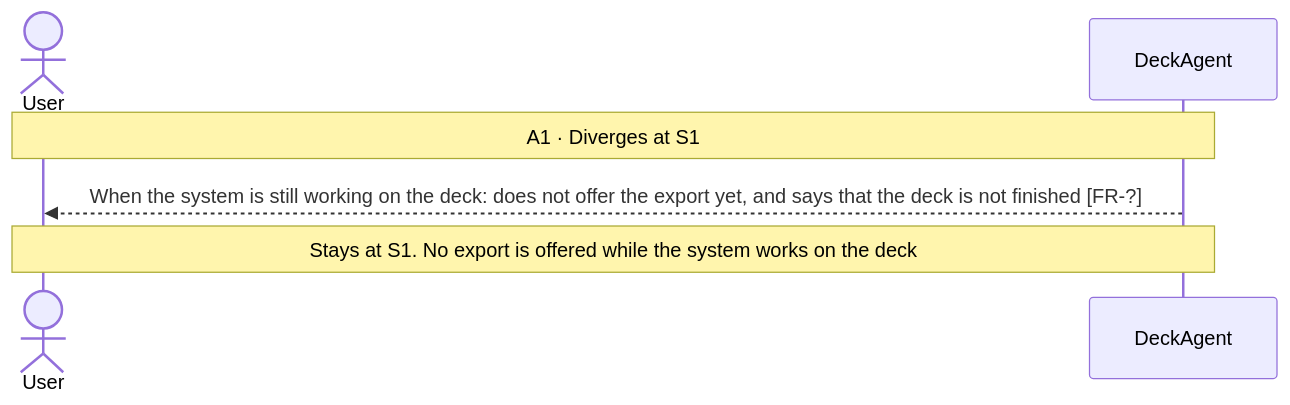
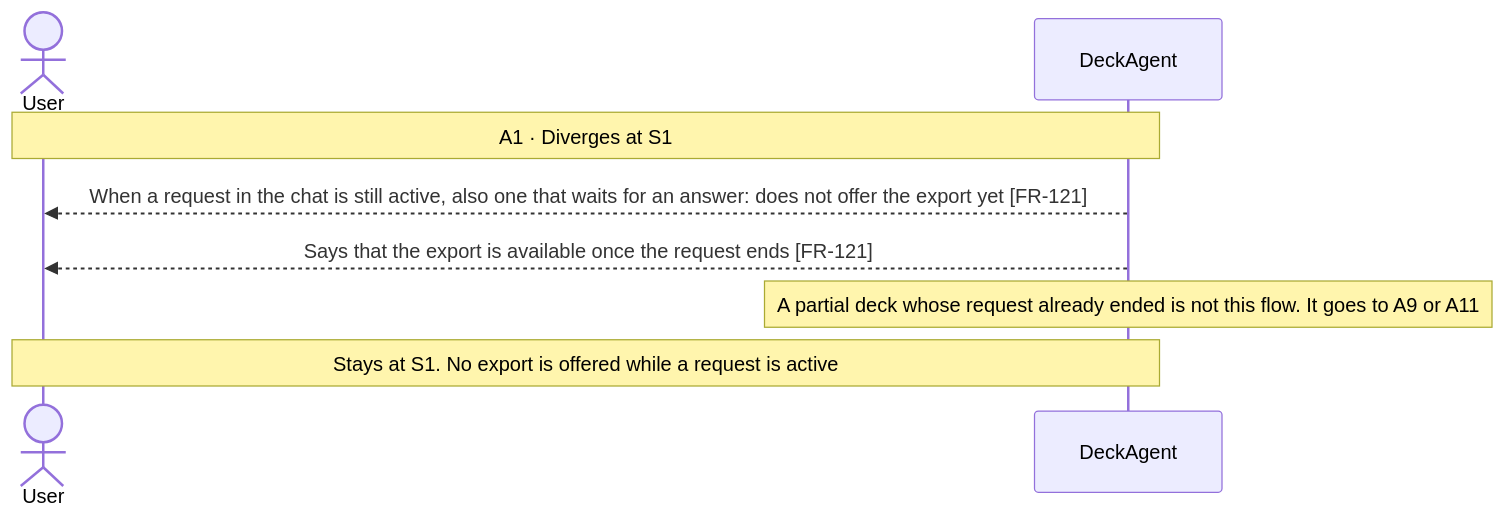
One commit to Luke23127006/DeckAgent changed the second of 11 diagrams in docs/spec/03-use-cases/UC-004.md. Above: the diagram before and after it, drawn with Mermaid. The commit also changed other lines of this file and 25 other files, not shown here.

First line of the commit message:
docs(spec): add generation format confirmation and deck export rules

````diff
--- a/docs/spec/03-use-cases/UC-004.md
+++ b/docs/spec/03-use-cases/UC-004.md
@@ -63,8 +69,10 @@
 ```mermaid
 sequenceDiagram
     actor User
     participant DeckAgent
     Note over User,DeckAgent: A1 · Diverges at S1
-    DeckAgent-->>User: When the system is still working on the deck: does not offer the export yet, and says that the deck is not finished [FR-?]
-    Note over User,DeckAgent: Stays at S1. No export is offered while the system works on the deck
+    DeckAgent-->>User: When a request in the chat is still active, also one that waits for an answer: does not offer the export yet [FR-121]
+    DeckAgent-->>User: Says that the export is available once the request ends [FR-121]
+    note over DeckAgent: A partial deck whose request already ended is not this flow. It goes to A9 or A11
+    Note over User,DeckAgent: Stays at S1. No export is offered while a request is active
 ```
````
